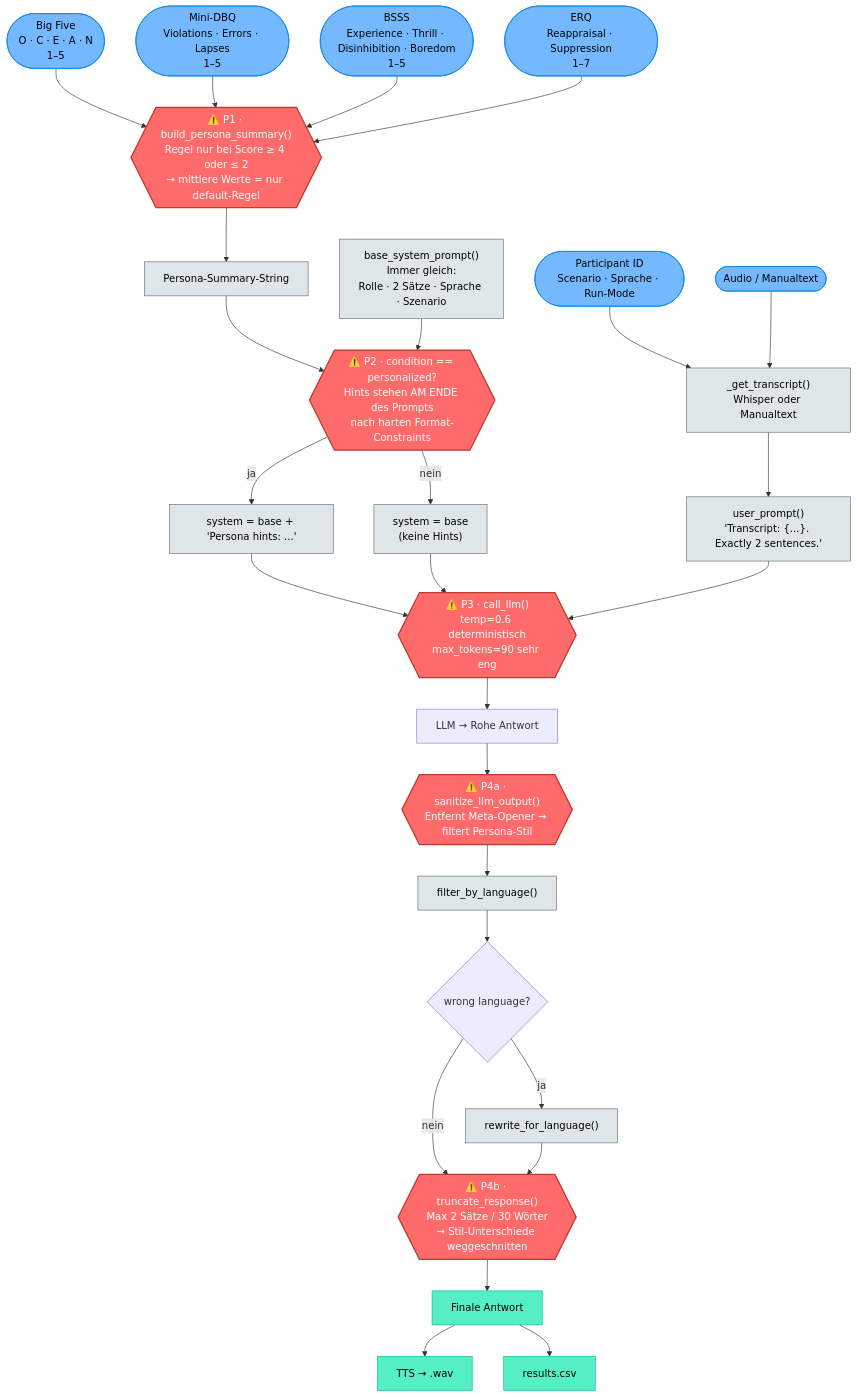
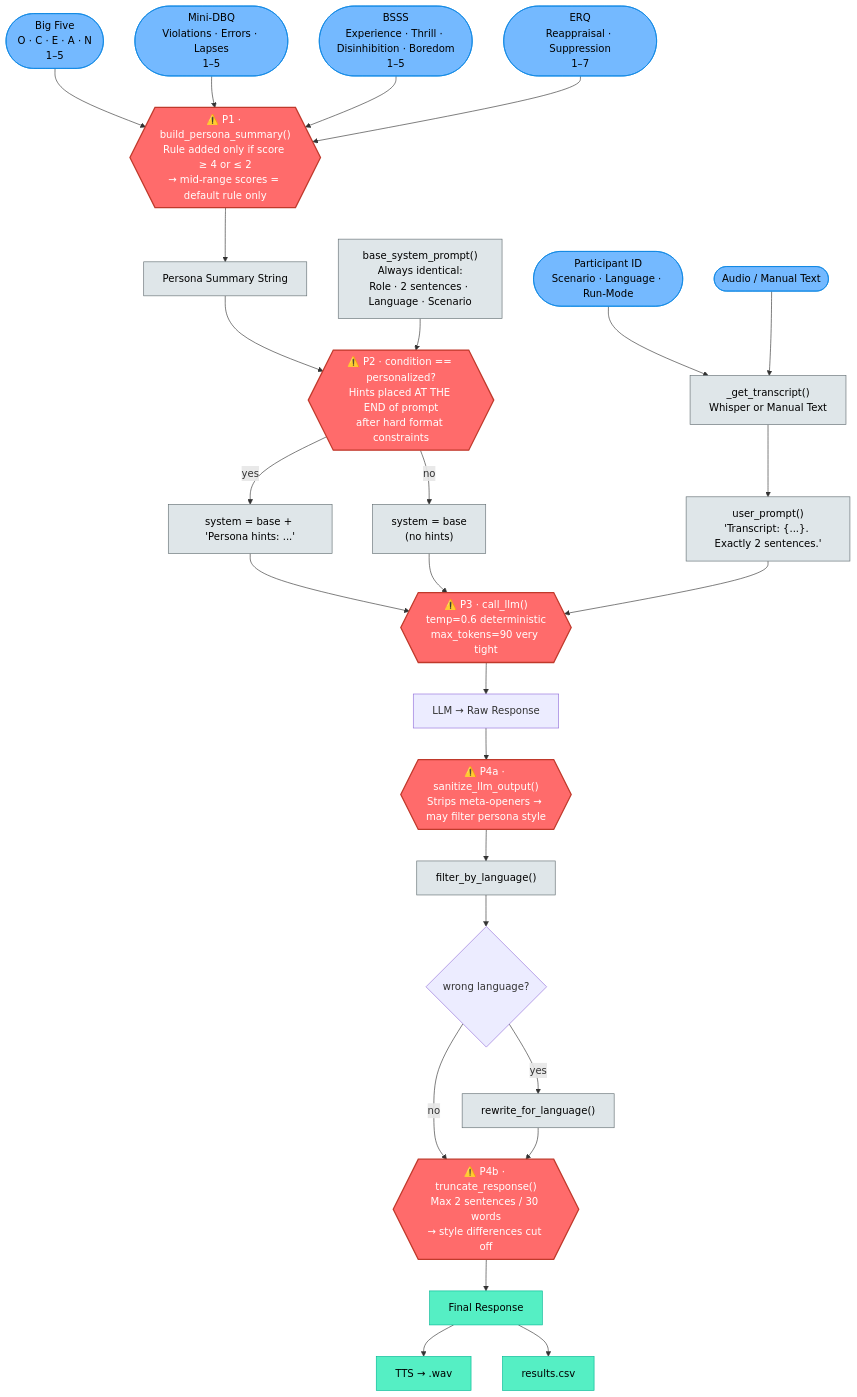
Before and after one commit to ecestnrkl/sensai: the diagram in README.md, drawn with Mermaid. The commit also changed 1 other file, not shown here.

Commit message:
translate German content to English in PROMPTFLOW.md and README.md for consistency

````diff
--- a/README.md
+++ b/README.md
@@ -79,67 +79,67 @@
 ```mermaid
 flowchart TD
-    A1([Participant ID\nScenario · Sprache · Run-Mode])
+    A1([Participant ID\nScenario · Language · Run-Mode])
     A2([Big Five\nO · C · E · A · N\n1–5])
     A3([Mini-DBQ\nViolations · Errors · Lapses\n1–5])
     A4([BSSS\nExperience · Thrill · Disinhibition · Boredom\n1–5])
     A5([ERQ\nReappraisal · Suppression\n1–7])
-    A6([Audio / Manualtext])
+    A6([Audio / Manual Text])
 
-    B1["_get_transcript()\nWhisper oder Manualtext"]
+    B1["_get_transcript()\nWhisper or Manual Text"]
 
-    C1{{"⚠️ P1 · build_persona_summary()\nRegel nur bei Score ≥ 4 oder ≤ 2\n→ mittlere Werte = nur default-Regel"}}
-    C2["Persona-Summary-String"]
+    C1{{"⚠️ P1 · build_persona_summary()\nRule added only if score ≥ 4 or ≤ 2\n→ mid-range scores = default rule only"}}
+    C2["Persona Summary String"]
 
-    D1["base_system_prompt()\nImmer gleich:\nRolle · 2 Sätze · Sprache · Szenario"]
+    D1["base_system_prompt()\nAlways identical:\nRole · 2 sentences · Language · Scenario"]
 
-    D2{{"⚠️ P2 · condition == personalized?\nHints stehen AM ENDE des Prompts\nnach harten Format-Constraints"}}
+    D2{{"⚠️ P2 · condition == personalized?\nHints placed AT THE END of prompt\nafter hard format constraints"}}
 
     D3["system = base + 'Persona hints: ...'"]
-    D4["system = base\n(keine Hints)"]
+    D4["system = base\n(no hints)"]
     D5["user_prompt()\n'Transcript: {...}. Exactly 2 sentences.'"]
 
-    E1{{"⚠️ P3 · call_llm()\ntemp=0.6 deterministisch\nmax_tokens=90 sehr eng"}}
-    E2["LLM → Rohe Antwort"]
+    E1{{"⚠️ P3 · call_llm()\ntemp=0.6 deterministic\nmax_tokens=90 very tight"}}
+    E2["LLM → Raw Response"]
 
-    F1{{"⚠️ P4a · sanitize_llm_output()\nEntfernt Meta-Opener → filtert Persona-Stil"}}
+    F1{{"⚠️ P4a · sanitize_llm_output()\nStrips meta-openers → may filter persona style"}}
     F2["filter_by_language()"]
     F3{"wrong language?"}
     F4["rewrite_for_language()"]
-    F5{{"⚠️ P4b · truncate_response()\nMax 2 Sätze / 30 Wörter\n→ Stil-Unterschiede weggeschnitten"}}
+    F5{{"⚠️ P4b · truncate_response()\nMax 2 sentences / 30 words\n→ style differences cut off"}}
 
-    G1["Finale Antwort"]
+    G1["Final Response"]
     G2["TTS → .wav"]
     G3["results.csv"]
 
     A1 --> B1
     A6 --> B1
     A2 & A3 & A4 & A5 --> C1
     B1 --> D5
     C1 --> C2
     C2 --> D2
     D1 --> D2
-    D2 -- "ja" --> D3
-    D2 -- "nein" --> D4
+    D2 -- "yes" --> D3
+    D2 -- "no" --> D4
     D3 & D4 --> E1
     D5 --> E1
     E1 --> E2
     E2 --> F1
     F1 --> F2
     F2 --> F3
-    F3 -- "ja" --> F4
-    F3 -- "nein" --> F5
+    F3 -- "yes" --> F4
+    F3 -- "no" --> F5
     F4 --> F5
     F5 --> G1
     G1 --> G2
     G1 --> G3
 
     classDef problem fill:#ff6b6b,color:#fff,stroke:#c0392b,stroke-width:2px
     classDef input fill:#74b9ff,color:#000,stroke:#0984e3,stroke-width:1px
     classDef process fill:#dfe6e9,color:#000,stroke:#636e72,stroke-width:1px
     classDef output fill:#55efc4,color:#000,stroke:#00b894,stroke-width:1px
 
     class C1,D2,E1,F1,F5 problem
     class A1,A2,A3,A4,A5,A6 input
     class B1,C2,D1,D3,D4,D5,F2,F4 process
     class G1,G2,G3 output
 ```
````
